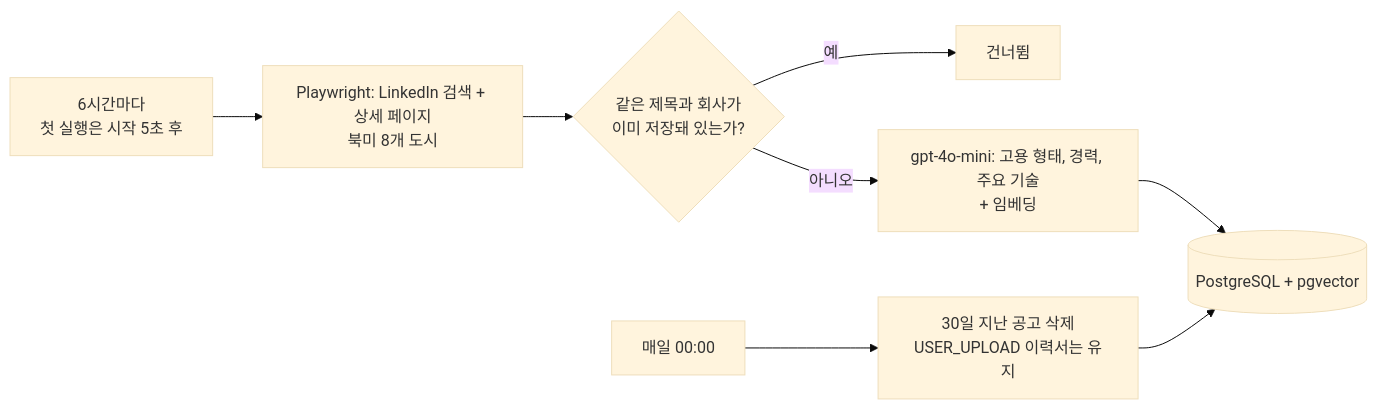
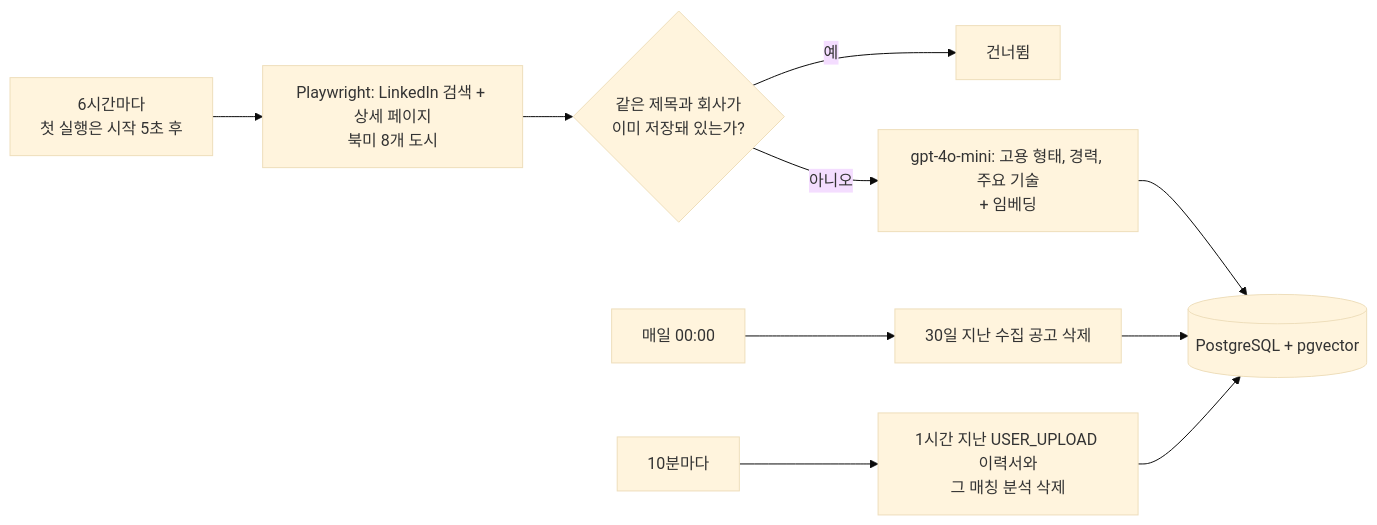
One commit to junyoungKi/Portfolio-Job-matching-Web changed the second of 2 diagrams in README.ko.md. Above: the diagram before and after it, drawn with Mermaid (base theme). The commit also changed other lines of this file and 3 other files, not shown here.

````diff
--- a/README.ko.md
+++ b/README.ko.md
@@ -59,10 +59,12 @@
 ```mermaid
 flowchart LR
     S1[6시간마다<br/>첫 실행은 시작 5초 후] --> C[Playwright: LinkedIn 검색 + 상세 페이지<br/>북미 8개 도시]
     C --> D{같은 제목과 회사가<br/>이미 저장돼 있는가?}
     D -->|예| X[건너뜀]
     D -->|아니오| T[gpt-4o-mini: 고용 형태, 경력, 주요 기술<br/>+ 임베딩]
     T --> DB[(PostgreSQL + pgvector)]
-    S2[매일 00:00] --> CL[30일 지난 공고 삭제<br/>USER_UPLOAD 이력서는 유지]
+    S2[매일 00:00] --> CL[30일 지난 수집 공고 삭제]
+    S3[10분마다] --> RL[1시간 지난 USER_UPLOAD 이력서와<br/>그 매칭 분석 삭제]
     CL --> DB
+    RL --> DB
 ```
````
